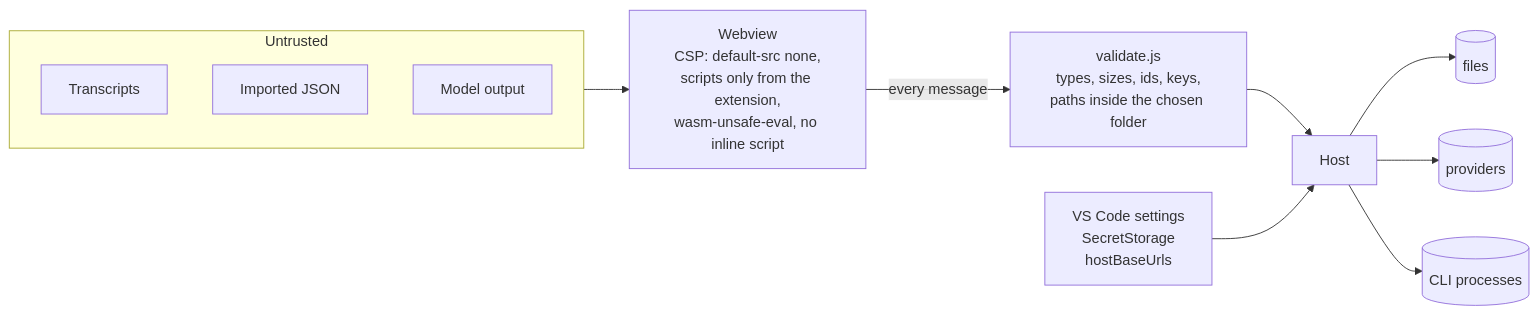
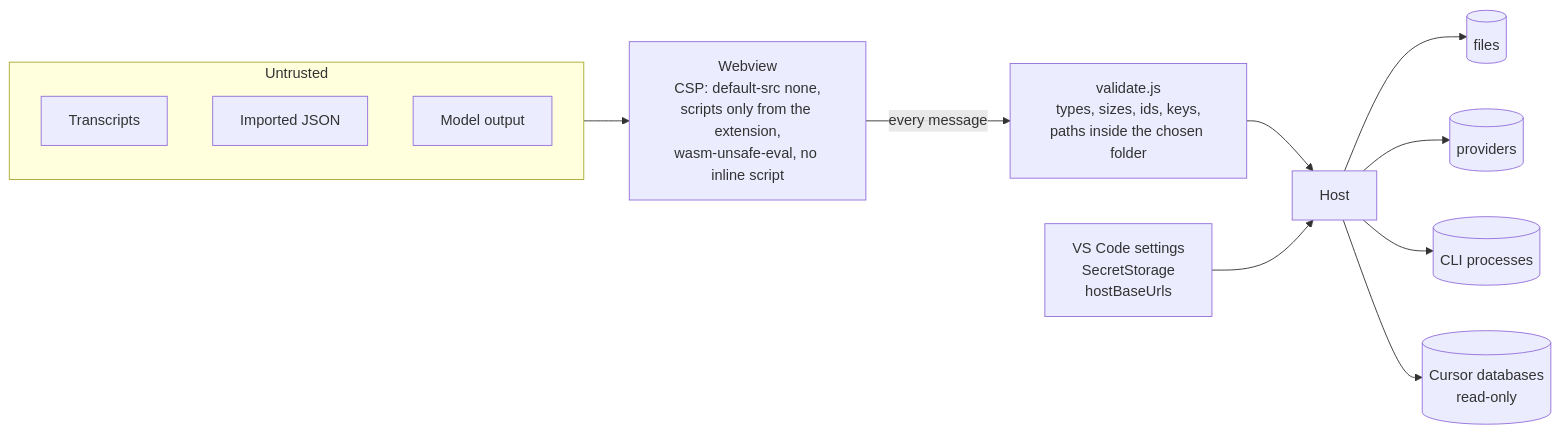
One commit to nikolaylosev/sessionlens-vscode changed diagram 12 of 13 in docs/ARCHITECTURE.md. Above: the diagram before and after it, drawn with Mermaid. The commit also changed other lines of this file and 1 other file, not shown here.

First line of the commit message:
docs: record the 0.1.122 Cursor import in ARCHITECTURE

````diff
--- a/docs/ARCHITECTURE.md
+++ b/docs/ARCHITECTURE.md
@@ -639,15 +673,16 @@
 ```mermaid
 flowchart LR
   subgraph Untrusted
     TRN[Transcripts]
     IMP[Imported JSON]
     MOD[Model output]
   end
   Untrusted --> PAGE[Webview<br/>CSP: default-src none,<br/>scripts only from the extension,<br/>wasm-unsafe-eval, no inline script]
   PAGE -->|every message| VAL[validate.js<br/>types, sizes, ids, keys,<br/>paths inside the chosen folder]
   VAL --> HOST[Host]
   HOST --> FS[(files)]
   HOST --> NET[(providers)]
   HOST --> PROC[(CLI processes)]
+  HOST --> CDB[(Cursor databases<br/>read-only)]
   CFG[VS Code settings<br/>SecretStorage<br/>hostBaseUrls] --> HOST
 ```
````
